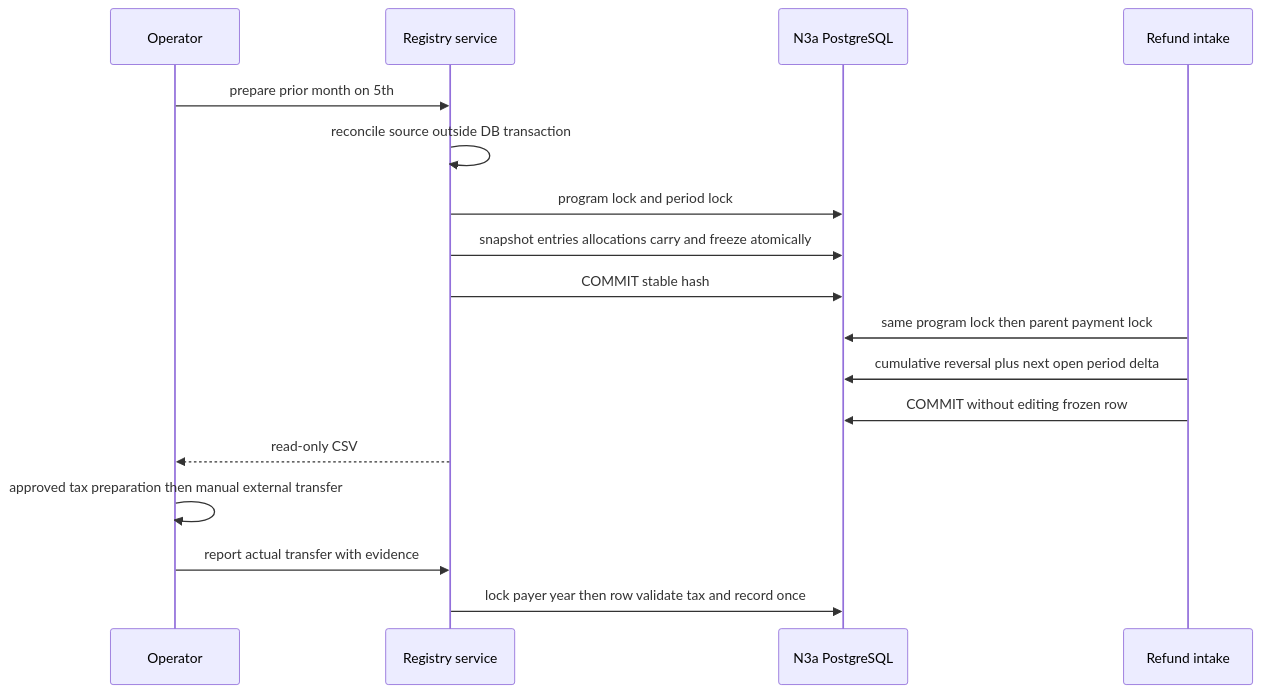
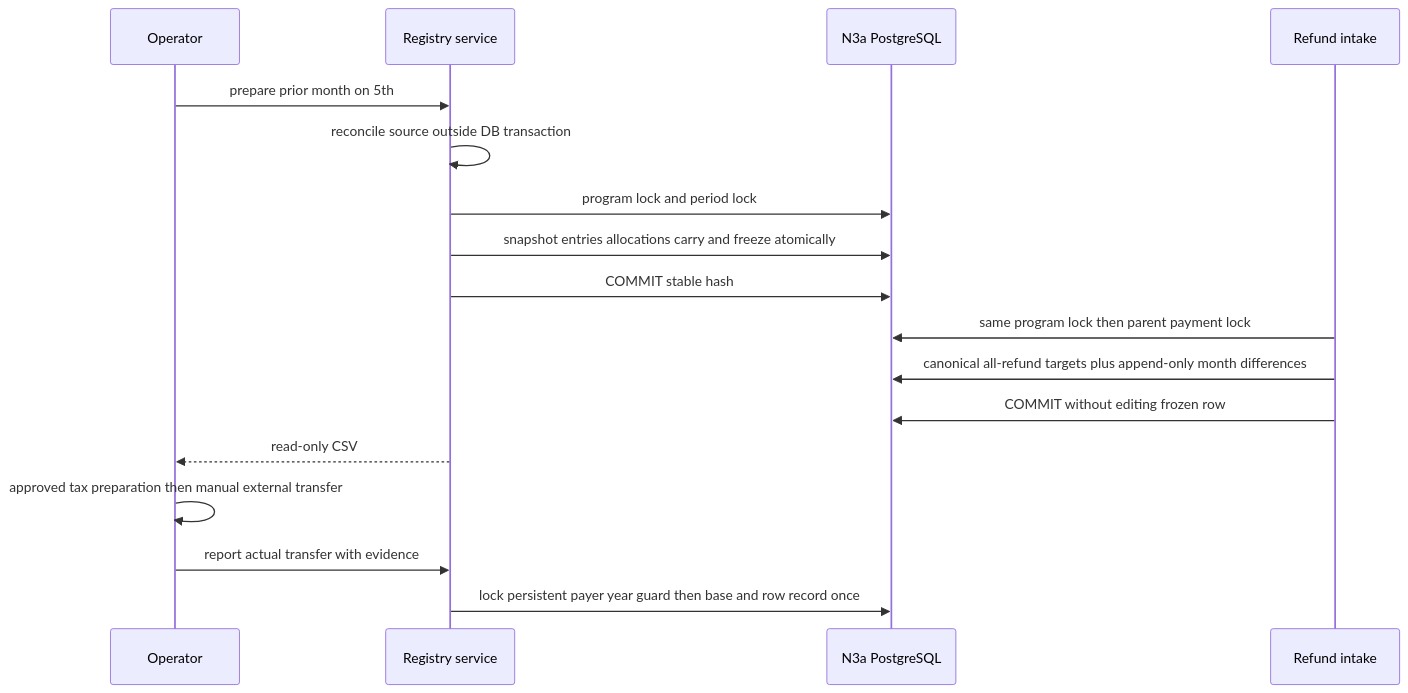
Before and after one commit to djd1m/2026-AUG-PU-Projects: the fifth of 6 diagrams in projects/03a-affiliate-rewardful/docs/C4_Diagrams.md, drawn with Mermaid. The commit also changed other lines of this file and 11 other files, not shown here.

Commit message:
docs(n3a): refine PRD architecture after independent review

````diff
--- a/projects/03a-affiliate-rewardful/docs/C4_Diagrams.md
+++ b/projects/03a-affiliate-rewardful/docs/C4_Diagrams.md
@@ -121,19 +121,19 @@
 ```mermaid
 sequenceDiagram
   participant O as Operator
   participant R as Registry service
   participant DB as N3a PostgreSQL
   participant I as Refund intake
   O->>R: prepare prior month on 5th
   R->>R: reconcile source outside DB transaction
   R->>DB: program lock and period lock
   R->>DB: snapshot entries allocations carry and freeze atomically
   R->>DB: COMMIT stable hash
   I->>DB: same program lock then parent payment lock
-  I->>DB: cumulative reversal plus next open period delta
+  I->>DB: canonical all-refund targets plus append-only month differences
   I->>DB: COMMIT without editing frozen row
   R-->>O: read-only CSV
   O->>O: approved tax preparation then manual external transfer
   O->>R: report actual transfer with evidence
-  R->>DB: lock payer year then row validate tax and record once
+  R->>DB: lock persistent payer year guard then base and row record once
 ```
````
